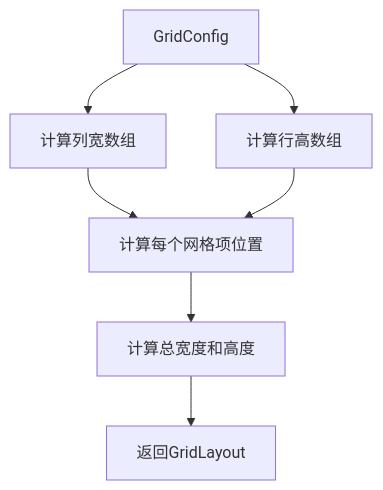
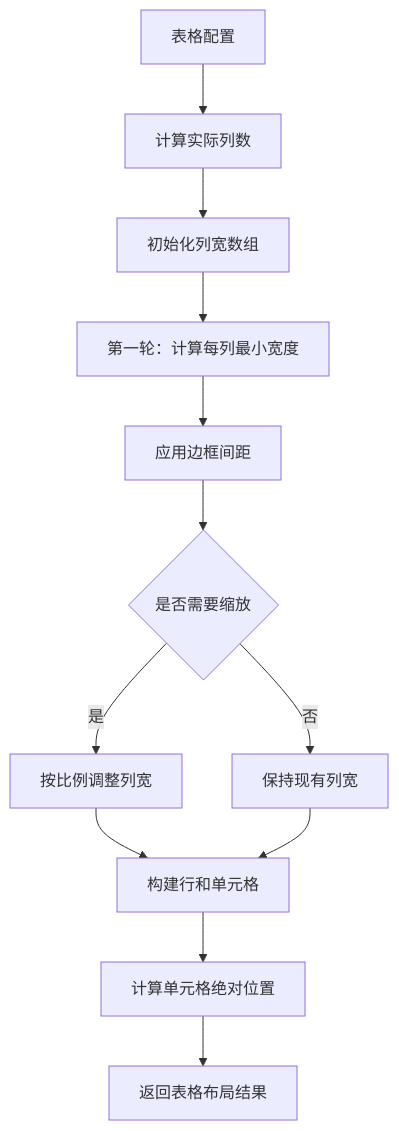
Before and after one commit to itszzl-sudo/iris: diagram 16 of 18 in .qoder/repowiki/zh/content/技术架构详解/布局样式系统/iris-layout布局引擎.md, drawn with Mermaid. The commit also changed other lines of this file and 10 other files, not shown here.

````diff
--- a/.qoder/repowiki/zh/content/技术架构详解/布局样式系统/iris-layout布局引擎.md
+++ b/.qoder/repowiki/zh/content/技术架构详解/布局样式系统/iris-layout布局引擎.md
@@ -572,9 +622,14 @@
 ```mermaid
 flowchart TD
-A[GridConfig] --> B[计算列宽数组]
-A --> C[计算行高数组]
-B --> D[计算每个网格项位置]
-C --> D
-D --> E[计算总宽度和高度]
-E --> F[返回GridLayout]
+A[表格配置] --> B[计算实际列数]
+B --> C[初始化列宽数组]
+C --> D[第一轮：计算每列最小宽度]
+D --> E[应用边框间距]
+E --> F{是否需要缩放}
+F --> |是| G[按比例调整列宽]
+F --> |否| H[保持现有列宽]
+G --> I[构建行和单元格]
+H --> I
+I --> J[计算单元格绝对位置]
+J --> K[返回表格布局结果]
 ```
````
